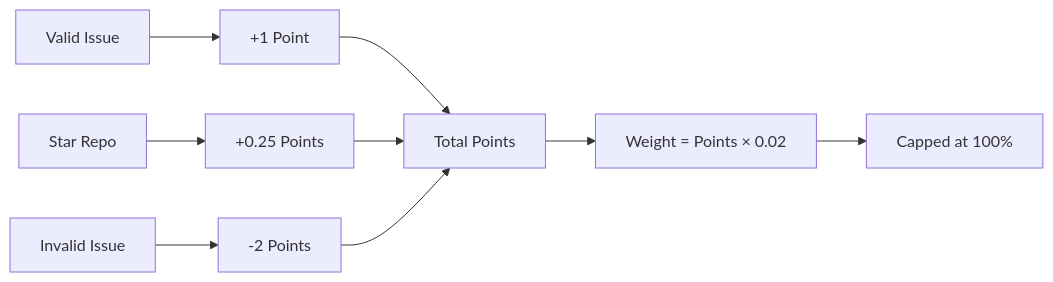
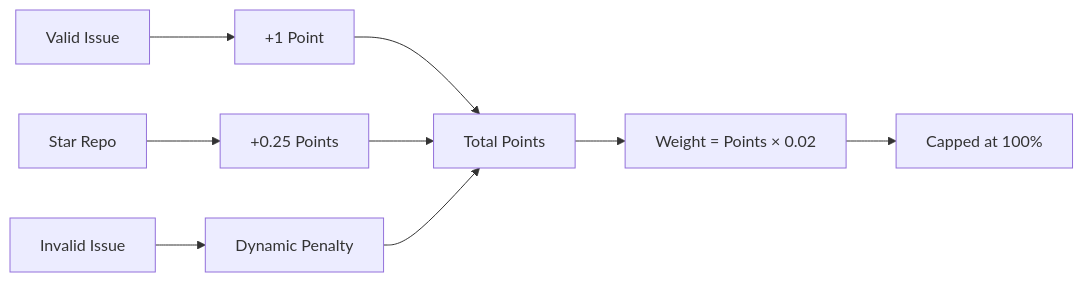
The diagram in docs/reference/scoring.md (PlatformNetwork/bounty-challenge), drawn with Mermaid before and after one commit. The commit also changed other lines of this file and 3 other files, not shown here.

First line of the commit message:
feat(scoring): implement dynamic penalty system for invalid issues

````diff
--- a/docs/reference/scoring.md
+++ b/docs/reference/scoring.md
@@ -256,11 +270,11 @@
 ```mermaid
 flowchart LR
     A["Valid Issue"] --> B["+1 Point"]
     C["Star Repo"] --> D["+0.25 Points"]
-    E["Invalid Issue"] --> F["-2 Points"]
+    E["Invalid Issue"] --> F["Dynamic Penalty"]
     B --> G["Total Points"]
     D --> G
     F --> G
     G --> H["Weight = Points × 0.02"]
     H --> I["Capped at 100%"]
 ```
````
